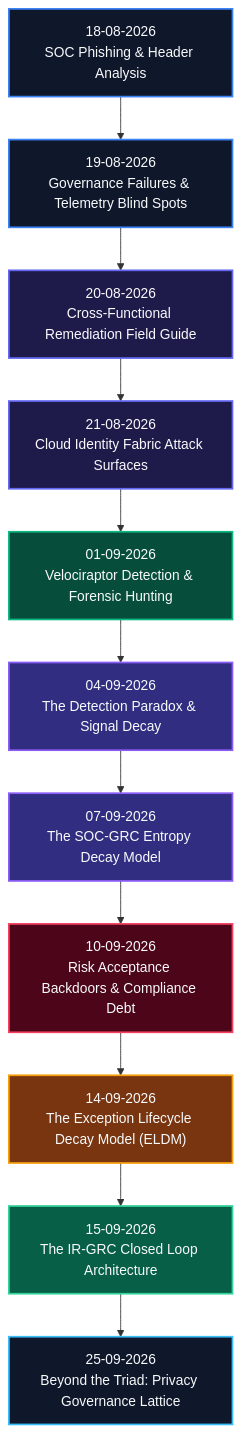
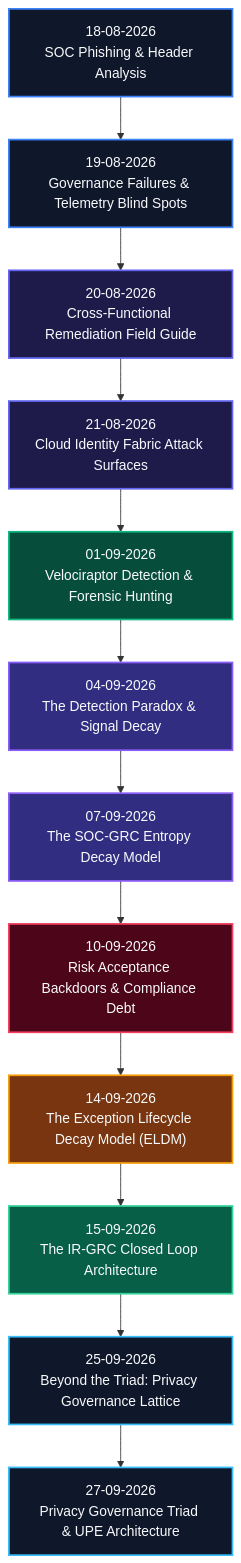
Before and after one commit to hiro001-eth/What-I-Learned-Today-on-SOC-GRC-: the diagram in README.md, drawn with Mermaid. The commit also changed other lines of this file and 1 other file, not shown here.

Commit message:
docs: publish Paper 12 - The Privacy Governance Triad & Unsanctioned Processing Exception and update README

````diff
--- a/README.md
+++ b/README.md
@@ -30,32 +30,33 @@
 ```mermaid
 graph TD
     AUG18["18-08-2026<br/>SOC Phishing & Header Analysis"] --> AUG19["19-08-2026<br/>Governance Failures & Telemetry Blind Spots"]
     AUG19 --> AUG20["20-08-2026<br/>Cross-Functional Remediation Field Guide"]
     AUG20 --> AUG21["21-08-2026<br/>Cloud Identity Fabric Attack Surfaces"]
     AUG21 --> SEP01["01-09-2026<br/>Velociraptor Detection & Forensic Hunting"]
     SEP01 --> SEP04["04-09-2026<br/>The Detection Paradox & Signal Decay"]
     SEP04 --> SEP07["07-09-2026<br/>The SOC-GRC Entropy Decay Model"]
     SEP07 --> SEP10["10-09-2026<br/>Risk Acceptance Backdoors & Compliance Debt"]
     SEP10 --> SEP14["14-09-2026<br/>The Exception Lifecycle Decay Model (ELDM)"]
     SEP14 --> SEP15["15-09-2026<br/>The IR-GRC Closed Loop Architecture"]
     SEP15 --> SEP25["25-09-2026<br/>Beyond the Triad: Privacy Governance Lattice"]
+    SEP25 --> SEP27["27-09-2026<br/>Privacy Governance Triad & UPE Architecture"]
 
     classDef default fill:#1E293B,stroke:#475569,color:#F8FAFC,stroke-width:1px;
     classDef foundation fill:#0F172A,stroke:#3B82F6,color:#F8FAFC,stroke-width:2px;
     classDef telemetry fill:#1E1B4B,stroke:#6366F1,color:#F8FAFC,stroke-width:2px;
     classDef forensics fill:#064E3B,stroke:#10B981,color:#F8FAFC,stroke-width:2px;
     classDef theoretical fill:#312E81,stroke:#8B5CF6,color:#F8FAFC,stroke-width:2px;
     classDef critical fill:#4C0519,stroke:#F43F5E,color:#F8FAFC,stroke-width:2px;
     classDef new fill:#78350F,stroke:#F59E0B,color:#F8FAFC,stroke-width:2px;
     classDef conclusion fill:#065F46,stroke:#34D399,color:#F8FAFC,stroke-width:2px;
     classDef supplement fill:#0F172A,stroke:#38BDF8,color:#F8FAFC,stroke-width:2px;
 
     class AUG18,AUG19 foundation;
     class AUG20,AUG21 telemetry;
     class SEP01 forensics;
     class SEP04,SEP07 theoretical;
     class SEP10 critical;
     class SEP14 new;
     class SEP15 conclusion;
-    class SEP25 supplement;
+    class SEP25,SEP27 supplement;
 ```
````
